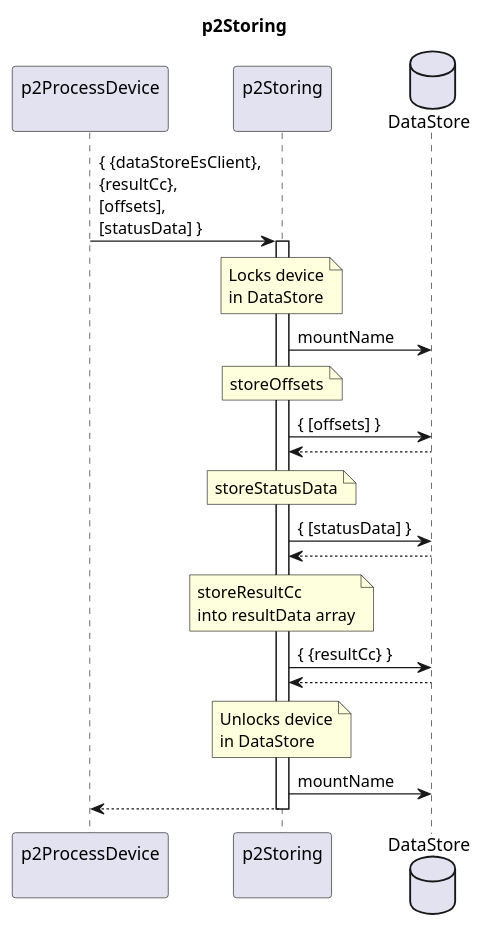
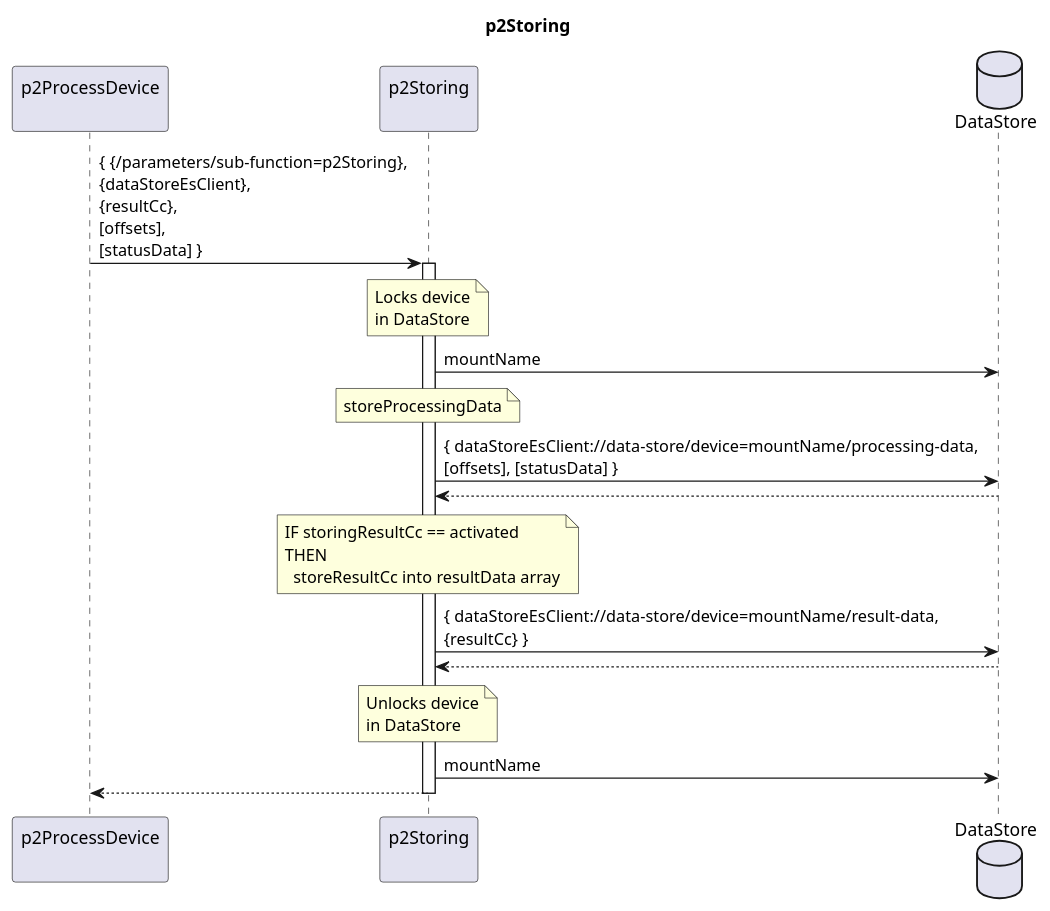
The diagram in spec/Functions/p2StreamPmData/p2ProcessDevice/p2Storing/1.0.0/p2Storing.plantuml (openBackhaul/DevicePerformanceManagementDataProcessor), drawn with PlantUML before and after one commit. The commit also changed 20 other files, not shown here.

```diff
--- a/spec/Functions/p2StreamPmData/p2ProcessDevice/p2Storing/1.0.0/p2Storing.plantuml
+++ b/spec/Functions/p2StreamPmData/p2ProcessDevice/p2Storing/1.0.0/p2Storing.plantuml
@@ -1,51 +1,46 @@
 @startuml p2Storing
 skinparam responseMessageBelowArrow true
 
 title
   p2Storing
 end title
 
 participant "p2ProcessDevice\n" as requestor
 participant "p2Storing\n" as cur
 database "DataStore" as ds
 
 
-requestor -> cur : { {dataStoreEsClient},\n{resultCc},\n[offsets],\n[statusData] }
+requestor -> cur : { {/parameters/sub-function=p2Storing},\n{dataStoreEsClient},\n{resultCc},\n[offsets],\n[statusData] }
 activate cur
 
   note over cur
     Locks device
     in DataStore
   end note
   cur -> ds: mountName
 
   note over cur
-    storeOffsets
+    storeProcessingData
   end note
-  cur -> ds: { [offsets] }
+  cur -> ds: { dataStoreEsClient://data-store/device=mountName/processing-data,\n[offsets], [statusData] }
   cur <-- ds
 
   note over cur
-    storeStatusData
+    IF storingResultCc == activated
+    THEN
+      storeResultCc into resultData array
   end note
-  cur -> ds: { [statusData] }
-  cur <-- ds
-
-  note over cur
-    storeResultCc
-    into resultData array
-  end note
-  cur -> ds: { {resultCc} }
+  cur -> ds: { dataStoreEsClient://data-store/device=mountName/result-data,\n{resultCc} }
   cur <-- ds
 
   note over cur
     Unlocks device
     in DataStore
   end note
   cur -> ds: mountName
 
 requestor <-- cur
 
 deactivate cur
 
 @enduml
```
